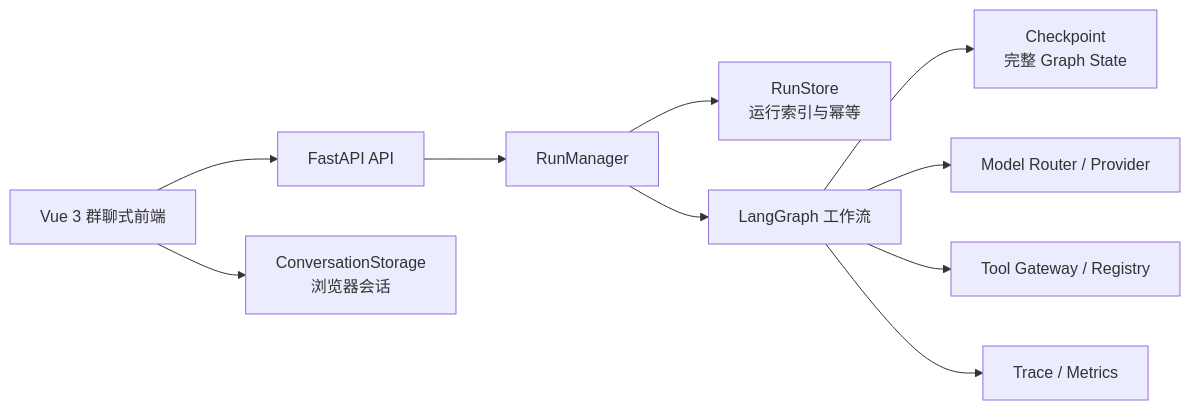
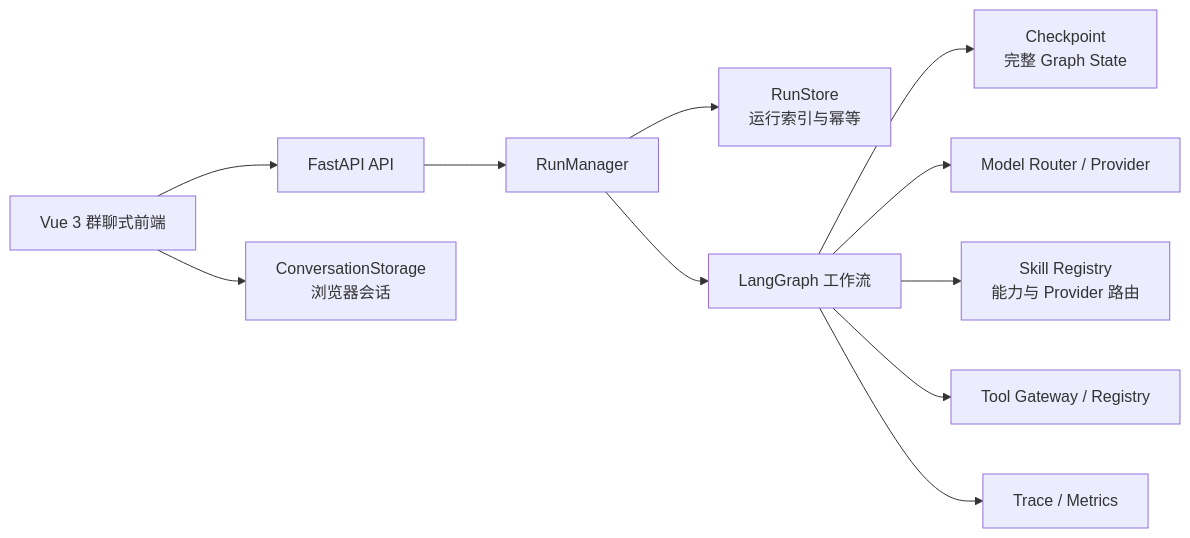
One commit to 1ceS1amese/work-harness changed the diagram in docs/development-status.md. Above: the diagram before and after it, drawn with Mermaid. The commit also changed other lines of this file and 51 other files, not shown here.

Commit message:
Add modular provider and skill compatibility

````diff
--- a/docs/development-status.md
+++ b/docs/development-status.md
@@ -44,12 +46,13 @@
 ```mermaid
 flowchart LR
     UI[Vue 3 群聊式前端] --> API[FastAPI API]
     API --> RM[RunManager]
     RM --> RS[RunStore<br/>运行索引与幂等]
     RM --> WF[LangGraph 工作流]
     WF --> CP[Checkpoint<br/>完整 Graph State]
     WF --> MM[Model Router / Provider]
+    WF --> SK[Skill Registry<br/>能力与 Provider 路由]
     WF --> TG[Tool Gateway / Registry]
     WF --> TR[Trace / Metrics]
     UI --> CS[ConversationStorage<br/>浏览器会话]
 ```
````
